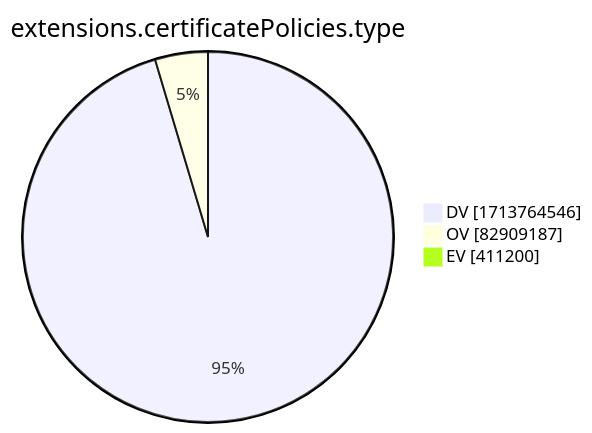
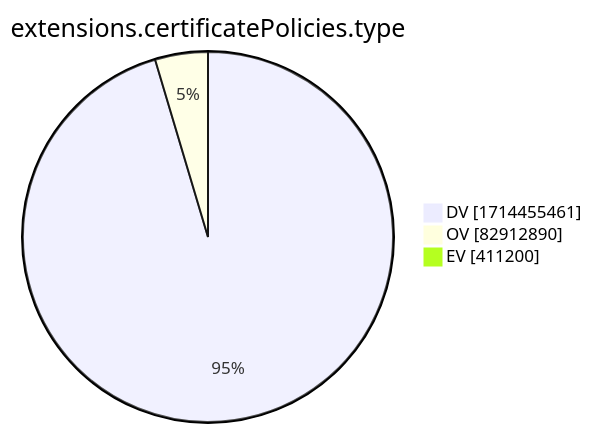
One commit to christiankrug/ctmonitor_visualization changed the tenth of 15 diagrams in xenon2022/README.md. Above: the diagram before and after it, drawn with Mermaid. The commit also changed other lines of this file, not shown here.

````diff
--- a/xenon2022/README.md
+++ b/xenon2022/README.md
@@ -2881,7 +2881,7 @@
 ```mermaid
 pie showData
 title extensions.certificatePolicies.type
-"DV" :1713764546
-"OV" :82909187
+"DV" :1714455461
+"OV" :82912890
 "EV" :411200
 ```
````
